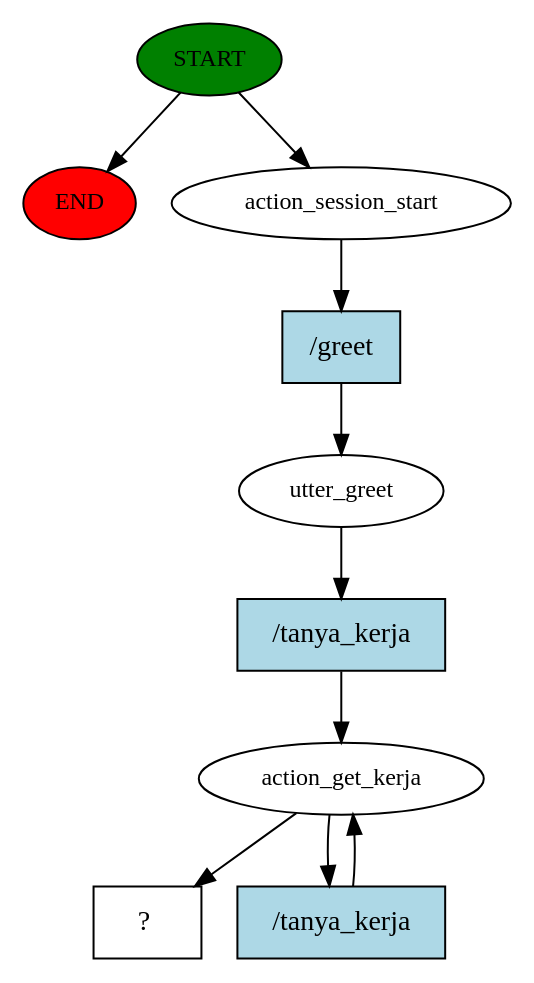
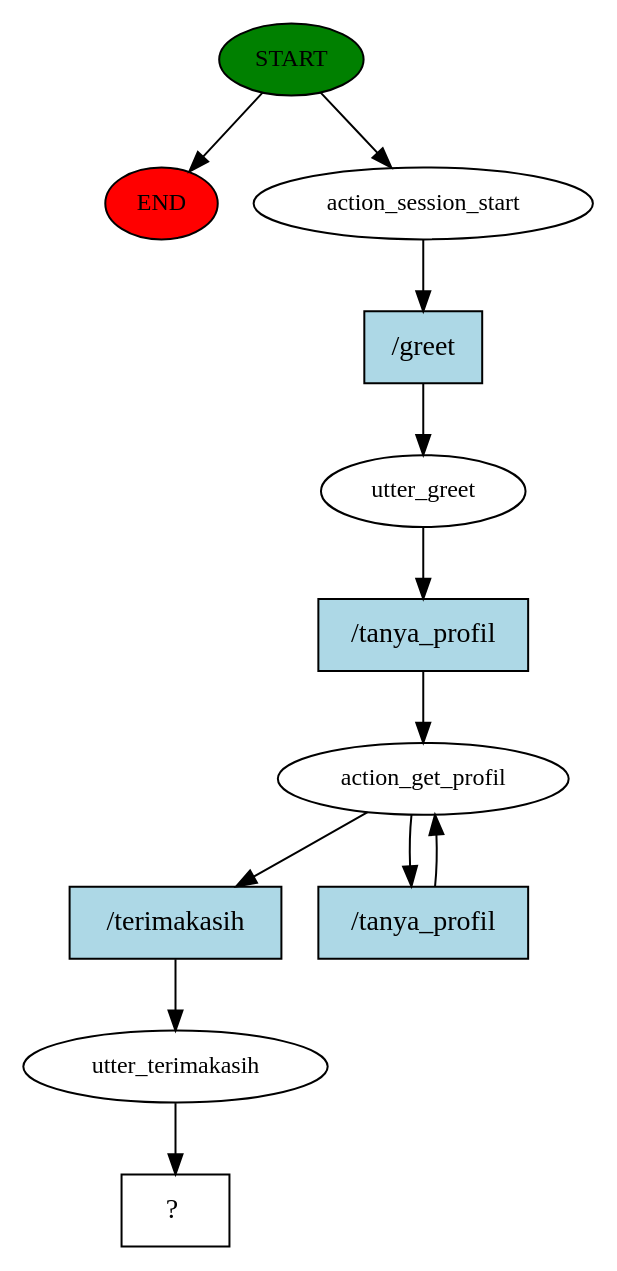
Before and after one commit to Ardika000/RASA-AI-DITA_BOT: the diagram in story_graph.dot, drawn with Graphviz. The commit also changed 229 other files, not shown here.

```diff
--- a/story_graph.dot
+++ b/story_graph.dot
@@ -1,20 +1,24 @@
 digraph  {
 0 [class="start active", fillcolor=green, fontsize=12, label=START, style=filled];
 "-1" [class=end, fillcolor=red, fontsize=12, label=END, style=filled];
 1 [class=active, fontsize=12, label=action_session_start];
 2 [class=active, fontsize=12, label=utter_greet];
-3 [class=active, fontsize=12, label=action_get_kerja];
-5 [class="intent dashed active", label="  ?  ", shape=rect];
-6 [class="intent active", fillcolor=lightblue, label="/greet", shape=rect, style=filled];
-7 [class="intent active", fillcolor=lightblue, label="/tanya_kerja", shape=rect, style=filled];
-8 [class="intent active", fillcolor=lightblue, label="/tanya_kerja", shape=rect, style=filled];
+3 [class=active, fontsize=12, label=action_get_profil];
+5 [class=active, fontsize=12, label=utter_terimakasih];
+6 [class="intent dashed active", label="  ?  ", shape=rect];
+7 [class="intent active", fillcolor=lightblue, label="/greet", shape=rect, style=filled];
+8 [class="intent active", fillcolor=lightblue, label="/tanya_profil", shape=rect, style=filled];
+9 [class="intent active", fillcolor=lightblue, label="/terimakasih", shape=rect, style=filled];
+10 [class="intent active", fillcolor=lightblue, label="/tanya_profil", shape=rect, style=filled];
 0 -> "-1"  [class="", key=NONE, label=""];
 0 -> 1  [class=active, key=NONE, label=""];
-1 -> 6  [class=active, key=0];
-2 -> 7  [class=active, key=0];
-3 -> 5  [class=active, key=NONE, label=""];
-3 -> 8  [class=active, key=0];
-6 -> 2  [class=active, key=0];
-7 -> 3  [class=active, key=0];
+1 -> 7  [class=active, key=0];
+2 -> 8  [class=active, key=0];
+3 -> 9  [class=active, key=0];
+3 -> 10  [class=active, key=0];
+5 -> 6  [class=active, key=NONE, label=""];
+7 -> 2  [class=active, key=0];
 8 -> 3  [class=active, key=0];
+9 -> 5  [class=active, key=0];
+10 -> 3  [class=active, key=0];
 }
```
